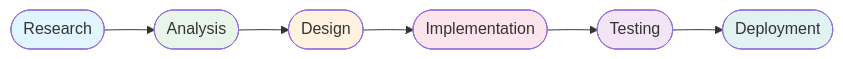
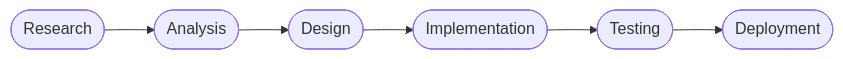
One commit to saileshkushwaha/AgenticWorld changed the second of 9 diagrams in forge-framework/DIAGRAMS.md. Above: the diagram before and after it, drawn with Mermaid. The commit also changed other lines of this file and 33 other files, not shown here.

````diff
--- a/forge-framework/DIAGRAMS.md
+++ b/forge-framework/DIAGRAMS.md
@@ -44,15 +30,8 @@
 ```mermaid
 flowchart LR
     R([Research]) --> A([Analysis])
     A --> D([Design])
     D --> I([Implementation])
     I --> T([Testing])
     T --> DP([Deployment])
-
-    style R fill:#e1f5fe
-    style A fill:#e8f5e9
-    style D fill:#fff3e0
-    style I fill:#fce4ec
-    style T fill:#f3e5f5
-    style DP fill:#e0f2f1
 ```
````
